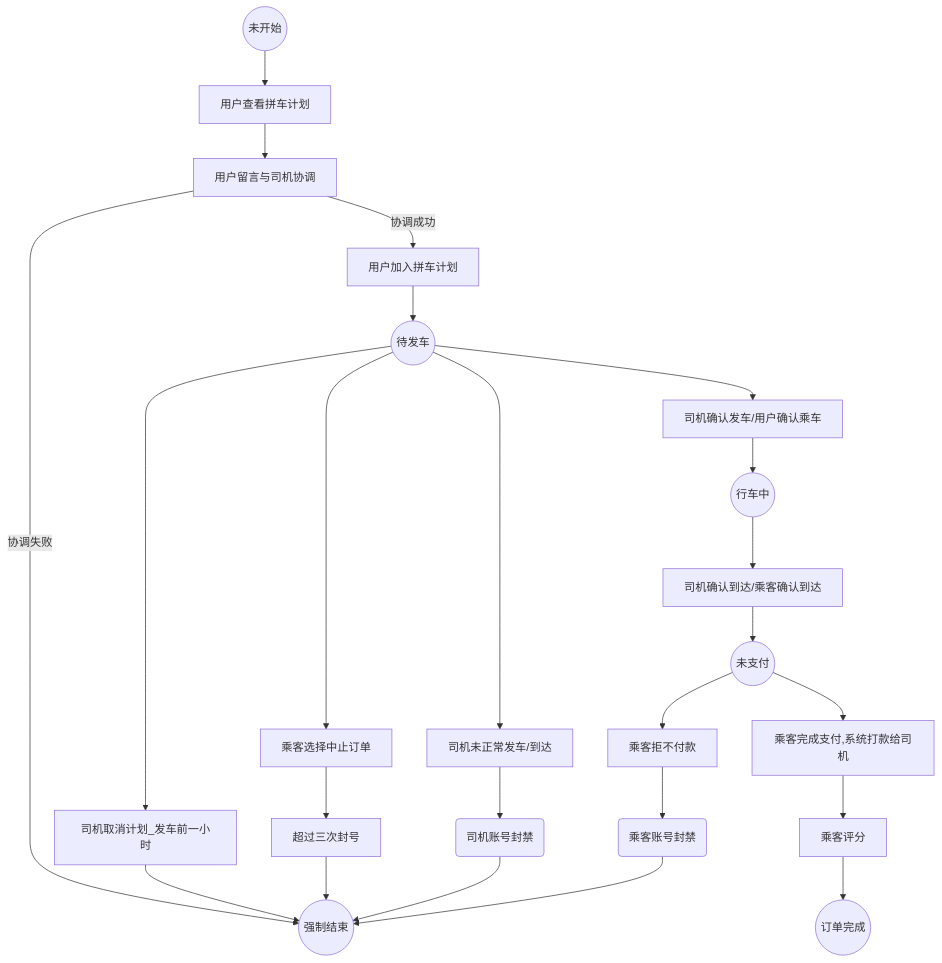
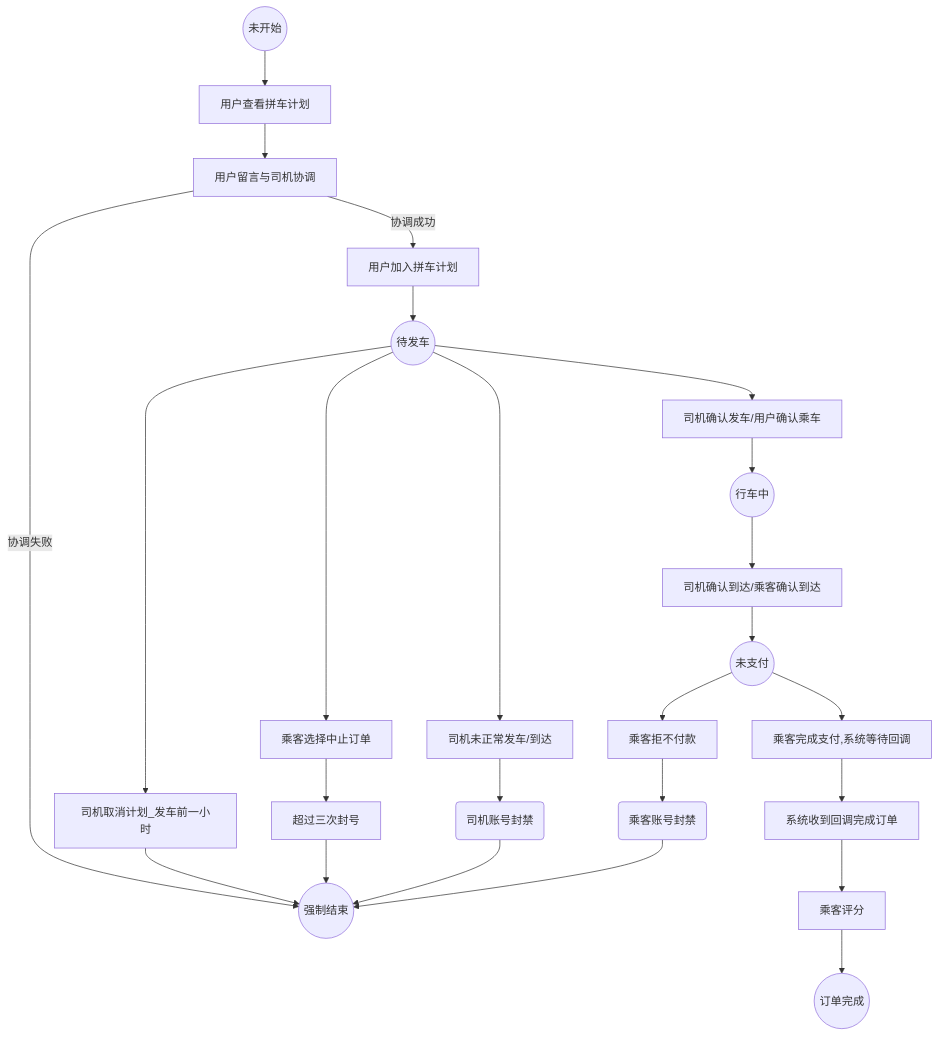
One commit to npu-carpooling-system-team/carpooling-document changed the fifth of 5 diagrams in 详细设计.md. Above: the diagram before and after it, drawn with Mermaid. The commit also changed other lines of this file and 9 other files, not shown here.

````diff
--- a/详细设计.md
+++ b/详细设计.md
@@ -279,26 +287,27 @@
 ```mermaid
 graph TB
 	A((未开始)) --> 用户查看拼车计划
 	用户查看拼车计划 --> 用户留言与司机协调
 	用户留言与司机协调 --协调成功--> 用户加入拼车计划
 	用户留言与司机协调 --协调失败-->  B((强制结束))
 	用户加入拼车计划 --> C((待发车))
 	C --> 司机取消计划_发车前一小时
 	司机取消计划_发车前一小时 --> B
 	C --> 司机确认发车/用户确认乘车
 	C --> 乘客选择中止订单
 	C --> 司机未正常发车/到达
 	司机未正常发车/到达 --> H(司机账号封禁)
 	乘客选择中止订单 --> 超过三次封号
 	超过三次封号 --> B
 	H --> B
 	司机确认发车/用户确认乘车 --> D((行车中))
 	D --> 司机确认到达/乘客确认到达
 	司机确认到达/乘客确认到达 --> E((未支付))
-	E --> 乘客完成支付,系统打款给司机
-	乘客完成支付,系统打款给司机 --> 乘客评分
+	E --> 乘客完成支付,系统等待回调
+	乘客完成支付,系统等待回调 --> 系统收到回调完成订单
+	系统收到回调完成订单 --> 乘客评分
 	乘客评分 --> F((订单完成))
 	E --> 乘客拒不付款
 	乘客拒不付款 --> G(乘客账号封禁)
 	G --> B
 ```
````
